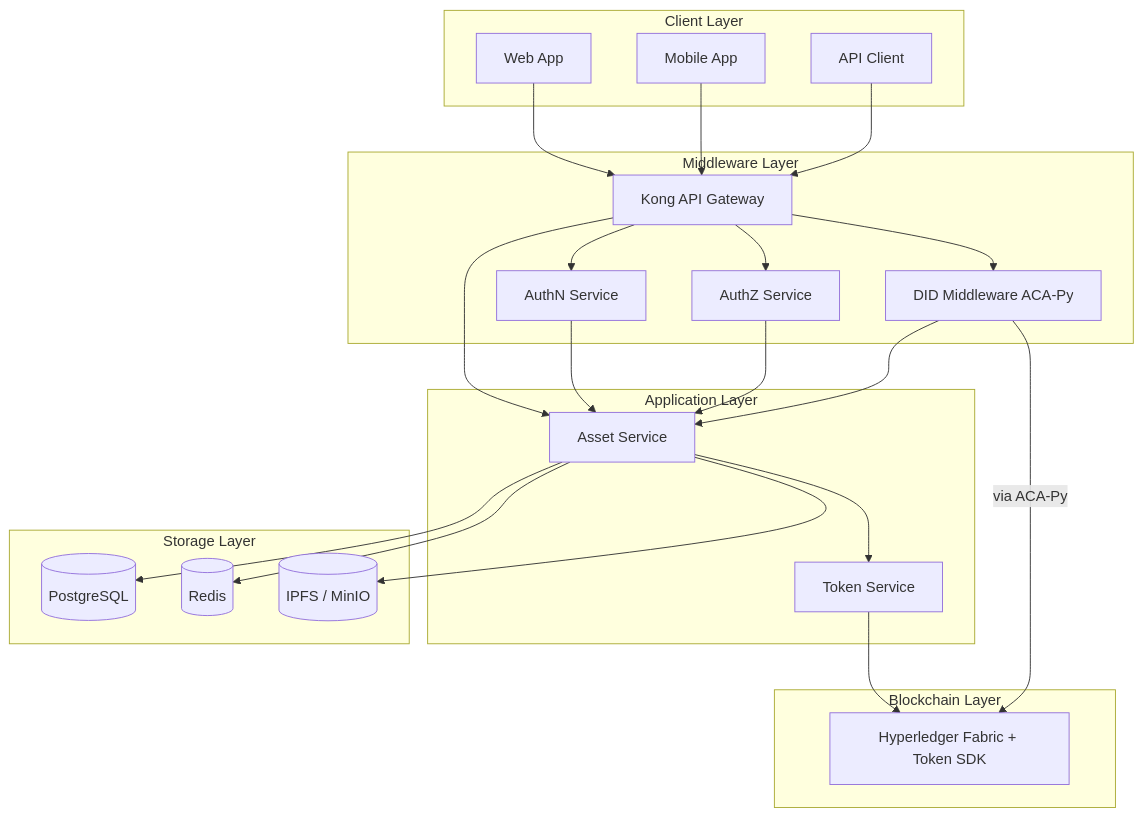
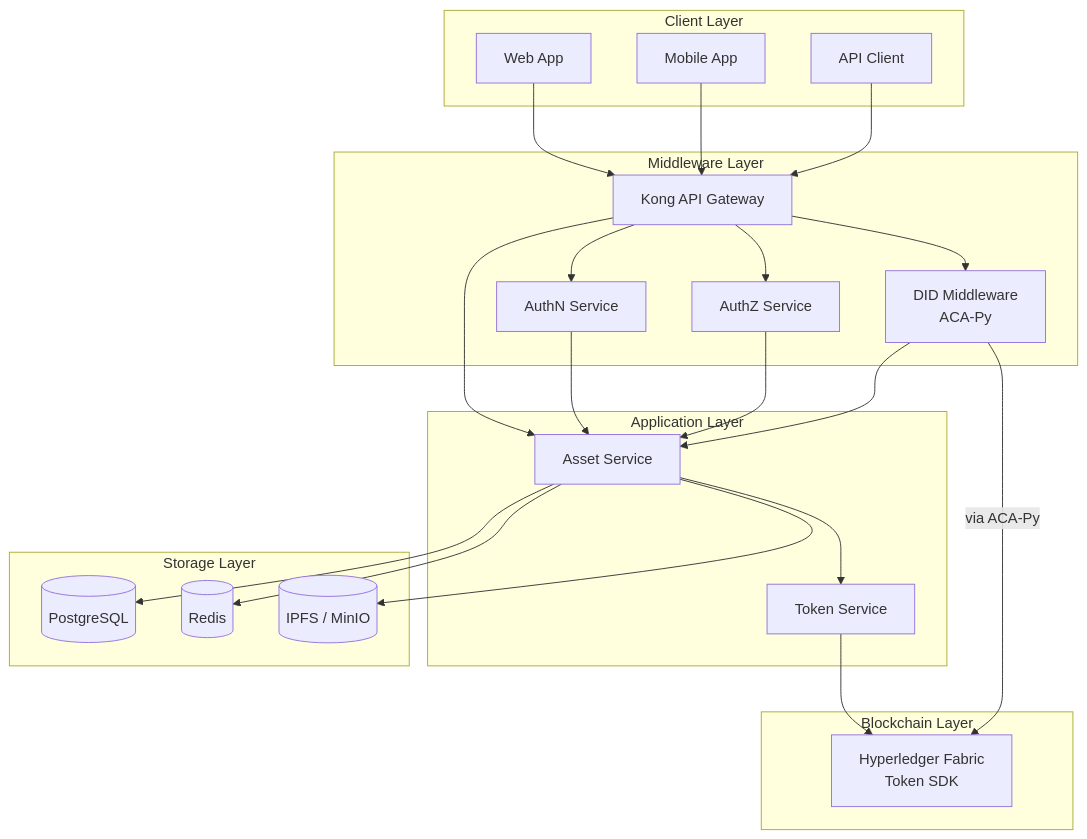
The first of 3 diagrams in docs/architecture-design.en.md (metafi-blockchain/metafi-digital-assets-service), drawn with Mermaid before and after one commit. The commit also changed other lines of this file, not shown here.

````diff
--- a/docs/architecture-design.en.md
+++ b/docs/architecture-design.en.md
@@ -20,51 +19,51 @@
 ```mermaid
 graph TD
     subgraph "Client Layer"
         Web[Web App]
         Mobile[Mobile App]
         API[API Client]
     end
 
     subgraph "Middleware Layer"
         Gateway[Kong API Gateway]
         AuthN[AuthN Service]
         AuthZ[AuthZ Service]
-        DID[DID Middleware ACA-Py]
+        DID["DID Middleware<br/>ACA-Py"]
     end
 
     subgraph "Application Layer"
         Asset[Asset Service]
         Token[Token Service]
     end
 
     subgraph "Blockchain Layer"
-        Fabric[Hyperledger Fabric + Token SDK]
+        Fabric["Hyperledger Fabric<br/>Token SDK"]
     end
 
     subgraph "Storage Layer"
         DB[(PostgreSQL)]
         Cache[(Redis)]
         Storage[(IPFS / MinIO)]
     end
 
     Web --> Gateway
     Mobile --> Gateway
     API --> Gateway
 
     Gateway --> AuthN
     Gateway --> AuthZ
     Gateway --> Asset
     Gateway --> DID
 
     AuthN --> Asset
     AuthZ --> Asset
     DID --> Asset
 
     Asset --> Token
     Token --> Fabric
 
     Asset --> DB
     Asset --> Cache
     Asset --> Storage
     DID -->|via ACA-Py| Fabric
 ```
````
